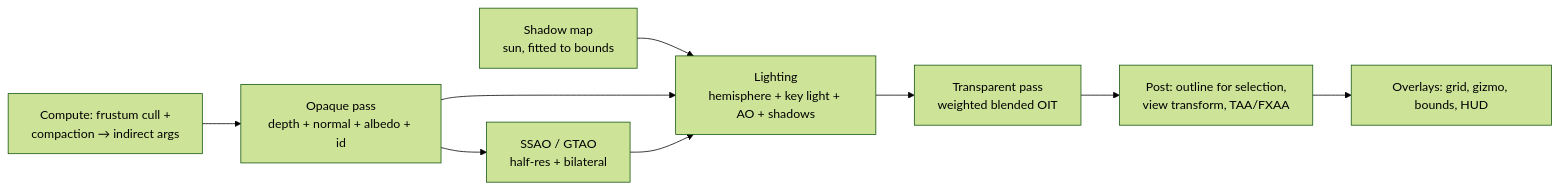
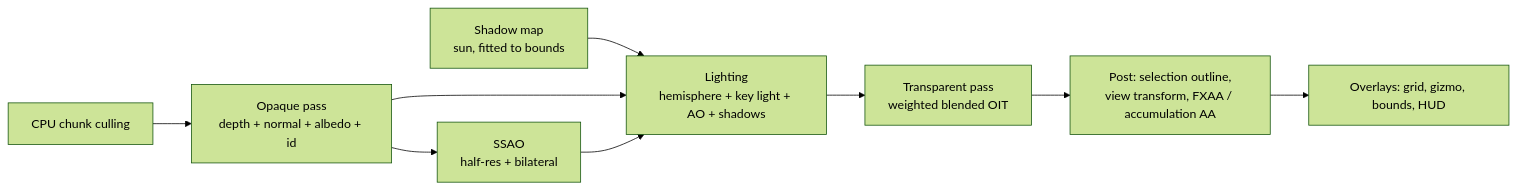
Before and after one commit to who8mypnuts/Structura: the diagram in docs/08-viewport.md, drawn with Mermaid (forest theme). The commit also changed other lines of this file and 615 other files, not shown here.

````diff
--- a/docs/08-viewport.md
+++ b/docs/08-viewport.md
@@ -60,11 +70,11 @@
 ```mermaid
 flowchart LR
-  CULL[Compute: frustum cull +<br/>compaction → indirect args] --> GB[Opaque pass<br/>depth + normal + albedo + id]
+  CULL[CPU chunk culling] --> GB[Opaque pass<br/>depth + normal + albedo + id]
   SH[Shadow map<br/>sun, fitted to bounds] --> LIT
-  GB --> AO[SSAO / GTAO<br/>half-res + bilateral]
+  GB --> AO[SSAO<br/>half-res + bilateral]
   GB --> LIT[Lighting<br/>hemisphere + key light + AO + shadows]
   AO --> LIT
   LIT --> OIT[Transparent pass<br/>weighted blended OIT]
-  OIT --> POST[Post: outline for selection,<br/>view transform, TAA/FXAA]
+  OIT --> POST[Post: selection outline,<br/>view transform, FXAA / accumulation AA]
   POST --> OVL[Overlays: grid, gizmo, bounds, HUD]
 ```
````
